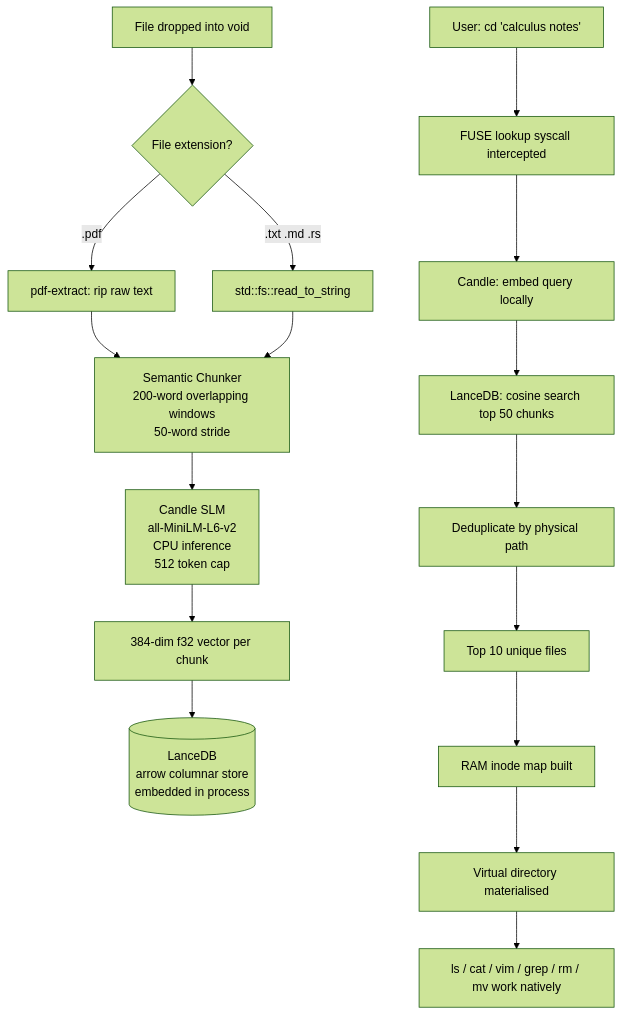
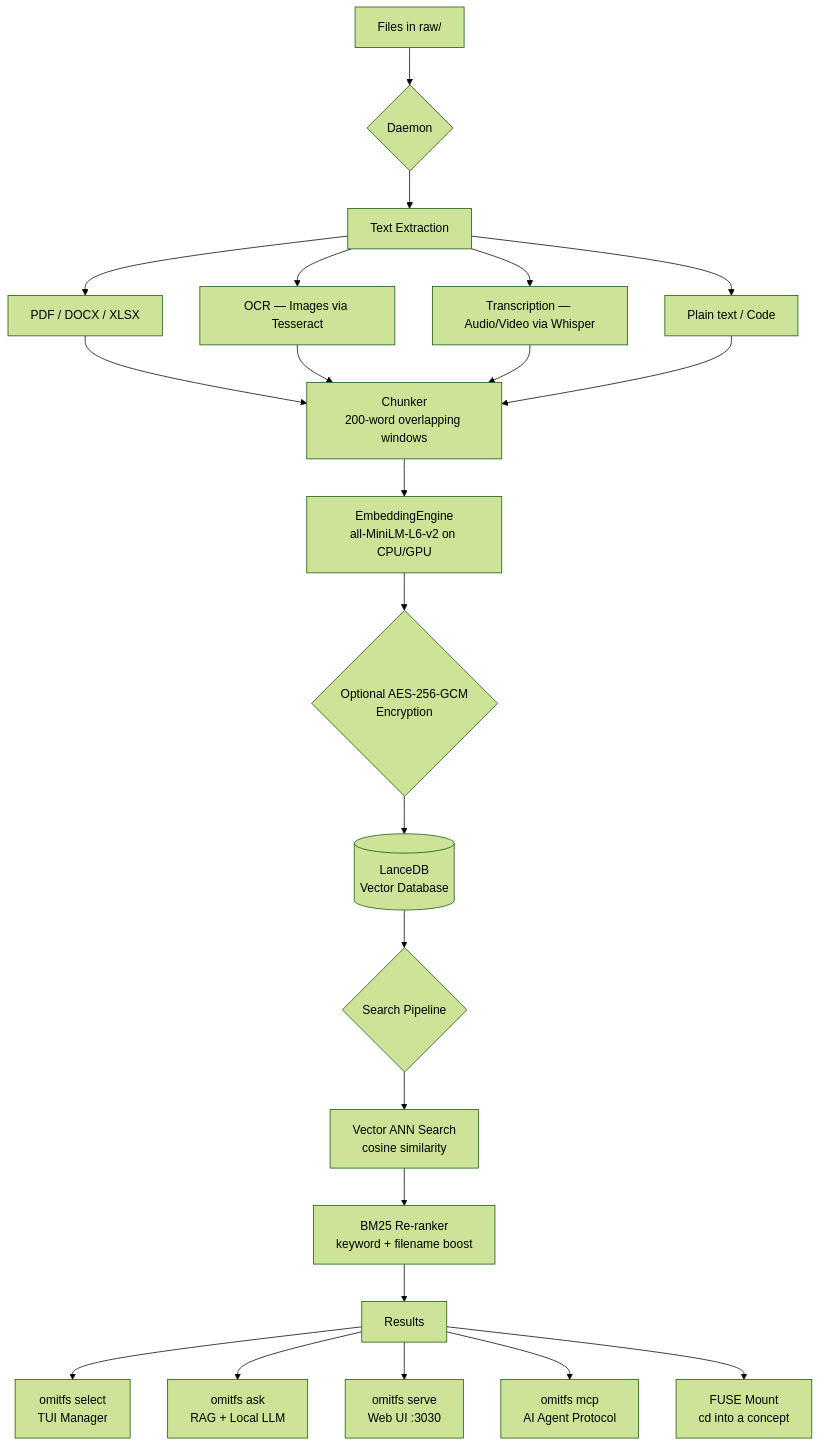
One commit to Panav-Payappagoudar/OmitFS changed the diagram in README.md. Above: the diagram before and after it, drawn with Mermaid (forest theme). The commit also changed other lines of this file and 12 other files, not shown here.

````diff
--- a/README.md
+++ b/README.md
@@ -93,20 +46,24 @@
 ```mermaid
-flowchart TD
-    A[File dropped into void] --> B{File extension?}
-    B -- .pdf --> C[pdf-extract: rip raw text]
-    B -- .txt .md .rs --> D[std::fs::read_to_string]
-    C --> E[Semantic Chunker\n200-word overlapping windows\n50-word stride]
-    D --> E
-    E --> F[Candle SLM\nall-MiniLM-L6-v2\nCPU inference\n512 token cap]
-    F --> G[384-dim f32 vector per chunk]
-    G --> H[(LanceDB\narrow columnar store\nembedded in process)]
+graph TD
+    A[Files in raw/] --> B{Daemon}
+    B --> C[Text Extraction]
+    C --> D[PDF / DOCX / XLSX]
+    C --> E[OCR — Images via Tesseract]
+    C --> F[Transcription — Audio/Video via Whisper]
+    C --> G[Plain text / Code]
+    D & E & F & G --> H[Chunker\n200-word overlapping windows]
+    H --> I[EmbeddingEngine\nall-MiniLM-L6-v2 on CPU/GPU]
+    I --> J{Optional AES-256-GCM\nEncryption}
+    J --> K[(LanceDB\nVector Database)]
 
-    I["User: cd 'calculus notes'"] --> J[FUSE lookup syscall intercepted]
-    J --> K[Candle: embed query locally]
-    K --> L[LanceDB: cosine search top 50 chunks]
-    L --> M[Deduplicate by physical path]
-    M --> N[Top 10 unique files]
-    N --> O[RAM inode map built]
-    O --> P[Virtual directory materialised]
-    P --> Q[ls / cat / vim / grep / rm / mv work natively]
+    K --> L{Search Pipeline}
+    L --> M[Vector ANN Search\ncosine similarity]
+    M --> N[BM25 Re-ranker\nkeyword + filename boost]
+    N --> O[Results]
+
+    O --> P[omitfs select\nTUI Manager]
+    O --> Q[omitfs ask\nRAG + Local LLM]
+    O --> R[omitfs serve\nWeb UI :3030]
+    O --> S[omitfs mcp\nAI Agent Protocol]
+    O --> T[FUSE Mount\ncd into a concept]
 ```
````
